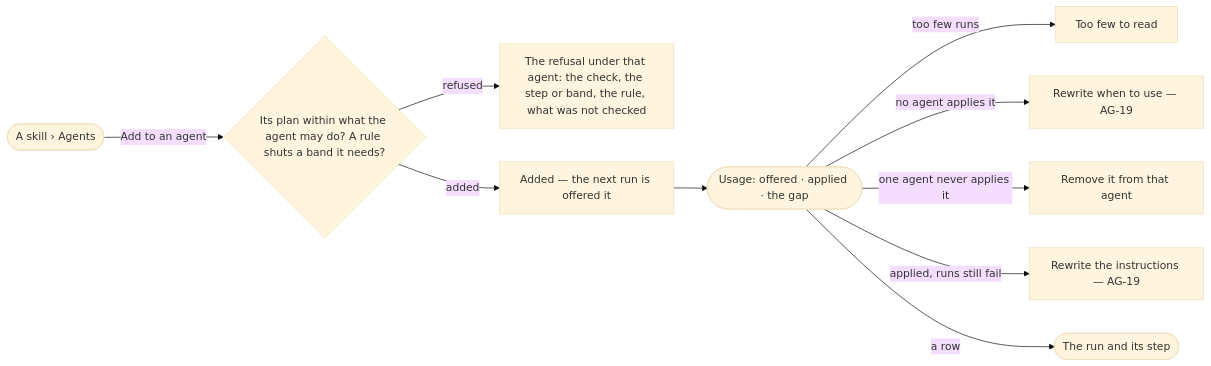
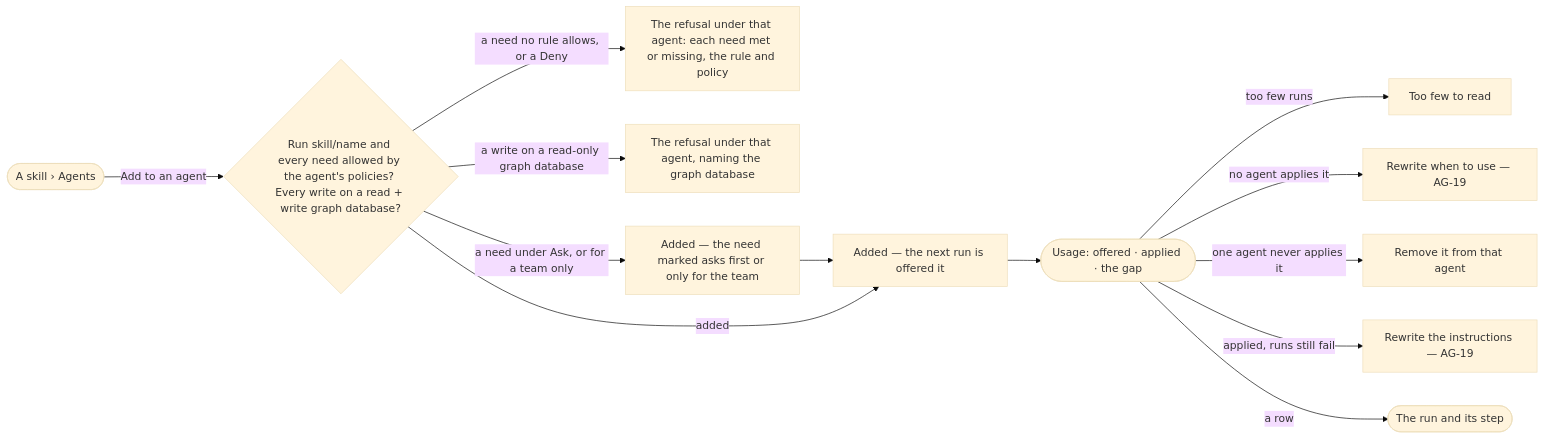
Before and after one commit to invana/invana: the diagram in specs/capabilities/agents/features/AG-F04-skills/stories/AG-30-see-which-agents-a-skill-is-added-to-and-whether-they-use-it/story.md, drawn with Mermaid (base theme). The commit also changed other lines of this file and 522 other files, not shown here.

````diff
--- a/specs/capabilities/agents/features/AG-F04-skills/stories/AG-30-see-which-agents-a-skill-is-added-to-and-whether-they-use-it/story.md
+++ b/specs/capabilities/agents/features/AG-F04-skills/stories/AG-30-see-which-agents-a-skill-is-added-to-and-whether-they-use-it/story.md
@@ -27,12 +29,15 @@
 ```mermaid
 flowchart LR
-  a([A skill › Agents]) -->|Add to an agent| c{"Its plan within what the agent may do? A rule shuts a band it needs?"}
-  c -->|refused| r["The refusal under that agent: the check, the step or band, the rule, what was not checked"]
+  a([A skill › Agents]) -->|Add to an agent| c{"Run skill/name and every need allowed by the agent's policies? Every write on a read + write graph database?"}
+  c -->|a need no rule allows, or a Deny| r["The refusal under that agent: each need met or missing, the rule and policy"]
+  c -->|a write on a read-only graph database| ro["The refusal under that agent, naming the graph database"]
+  c -->|a need under Ask, or for a team only| ak["Added — the need marked asks first or only for the team"]
+  ak --> b
   c -->|added| b["Added — the next run is offered it"]
   b --> u([Usage: offered · applied · the gap])
   u -->|too few runs| f["Too few to read"]
   u -->|no agent applies it| w["Rewrite when to use — AG-19"]
   u -->|one agent never applies it| rm["Remove it from that agent"]
   u -->|applied, runs still fail| ct["Rewrite the instructions — AG-19"]
   u -->|a row| run(["The run and its step"])
 ```
````
